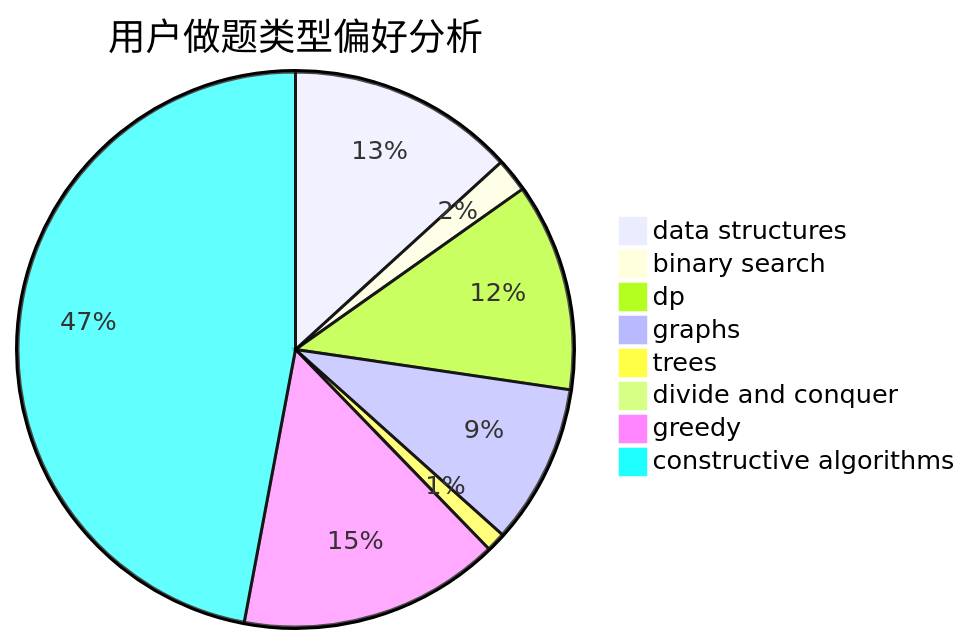
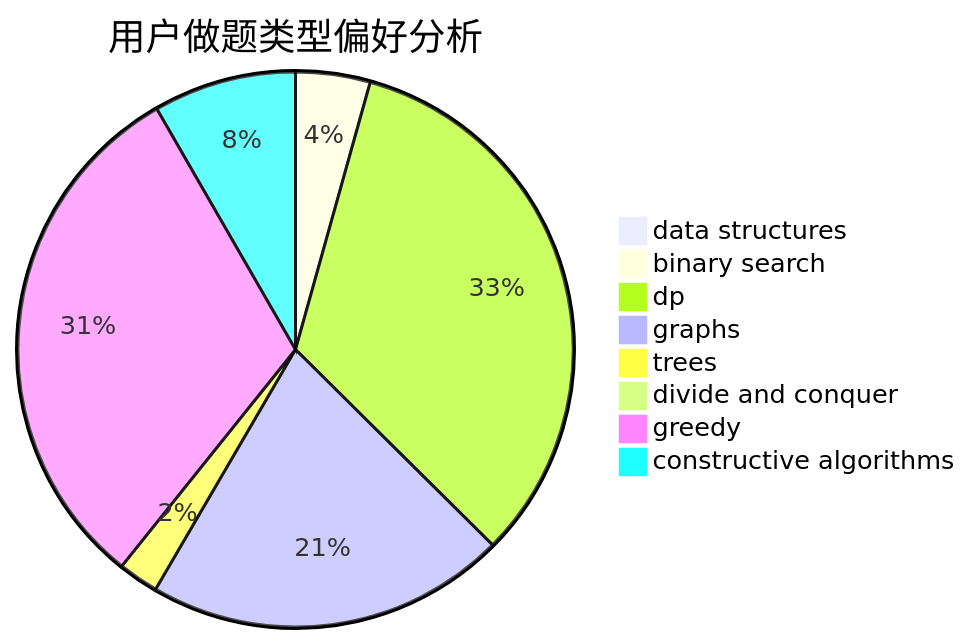
The second of 3 diagrams in docs/user/u2226.md (sherpahu/cfrs.github.io), drawn with Mermaid before and after one commit. The commit also changed other lines of this file and 2770 other files, not shown here.

````diff
--- a/docs/user/u2226.md
+++ b/docs/user/u2226.md
@@ -23,11 +23,11 @@
 ```mermaid
 pie title 用户做题类型偏好分析
-    "data structures" :  47
-    "binary search" :  7
-    "dp" :  43
-    "graphs" :  33
-    "trees" :  4
+    "data structures" :  5
+    "binary search" :  24
+    "dp" :  183
+    "graphs" :  116
+    "trees" :  13
     "divide and conquer" :  0
-    "greedy" :  54
-    "constructive algorithms" :  167
+    "greedy" :  171
+    "constructive algorithms" :  46
 ```
````
